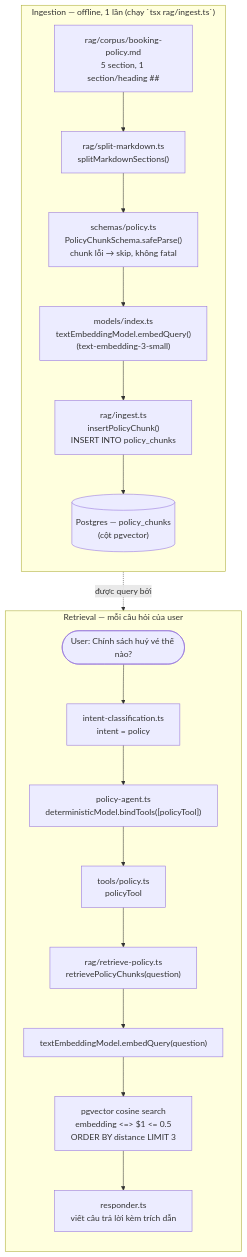
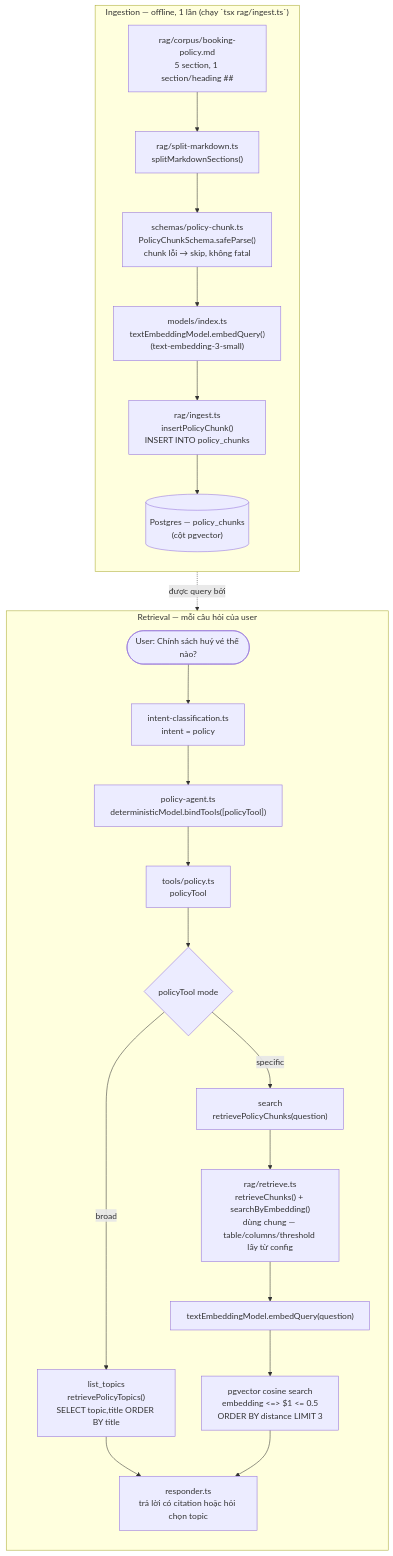
One commit to huongle-agilityio/healthcare-project-api changed the third of 5 diagrams in README.md. Above: the diagram before and after it, drawn with Mermaid. The commit also changed other lines of this file, not shown here.

````diff
--- a/README.md
+++ b/README.md
@@ -597,30 +668,35 @@
 ```mermaid
 flowchart TD
   subgraph ING["Ingestion — offline, 1 lần (chạy `tsx rag/ingest.ts`)"]
     direction TB
     C["rag/corpus/booking-policy.md<br/>5 section, 1 section/heading ##"]
     SPLIT["rag/split-markdown.ts<br/>splitMarkdownSections()"]
-    VAL["schemas/policy.ts<br/>PolicyChunkSchema.safeParse()<br/>chunk lỗi → skip, không fatal"]
+    VAL["schemas/policy-chunk.ts<br/>PolicyChunkSchema.safeParse()<br/>chunk lỗi → skip, không fatal"]
     EMB1["models/index.ts<br/>textEmbeddingModel.embedQuery()<br/>(text-embedding-3-small)"]
     INS["rag/ingest.ts<br/>insertPolicyChunk()<br/>INSERT INTO policy_chunks"]
     DB1[("Postgres — policy_chunks<br/>(cột pgvector)")]
   end
 
   subgraph RT["Retrieval — mỗi câu hỏi của user"]
     direction TB
     U(["User: Chính sách huỷ vé thế nào?"])
     IC["intent-classification.ts<br/>intent = policy"]
     PA["policy-agent.ts<br/>deterministicModel.bindTools([policyTool])"]
     PT["tools/policy.ts<br/>policyTool"]
-    RP["rag/retrieve-policy.ts<br/>retrievePolicyChunks(question)"]
+    MODE{"policyTool mode"}
+    RP["search<br/>retrievePolicyChunks(question)"]
+    RC["rag/retrieve.ts<br/>retrieveChunks() + searchByEmbedding()<br/>dùng chung — table/columns/threshold lấy từ config"]
     EMB2["textEmbeddingModel.embedQuery(question)"]
     Q["pgvector cosine search<br/>embedding &lt;=&gt; $1 &lt;= 0.5<br/>ORDER BY distance LIMIT 3"]
-    RESP["responder.ts<br/>viết câu trả lời kèm trích dẫn"]
+    TOPICS["list_topics<br/>retrievePolicyTopics()<br/>SELECT topic,title ORDER BY title"]
+    RESP["responder.ts<br/>trả lời có citation hoặc hỏi chọn topic"]
   end
 
   C --> SPLIT --> VAL --> EMB1 --> INS --> DB1
 
-  U --> IC --> PA --> PT --> RP --> EMB2 --> Q
+  U --> IC --> PA --> PT --> MODE
+  MODE -- specific --> RP --> RC --> EMB2 --> Q
+  MODE -- broad --> TOPICS --> RESP
   DB1 -. được query bởi .-> Q
   Q --> RESP
 ```
````
